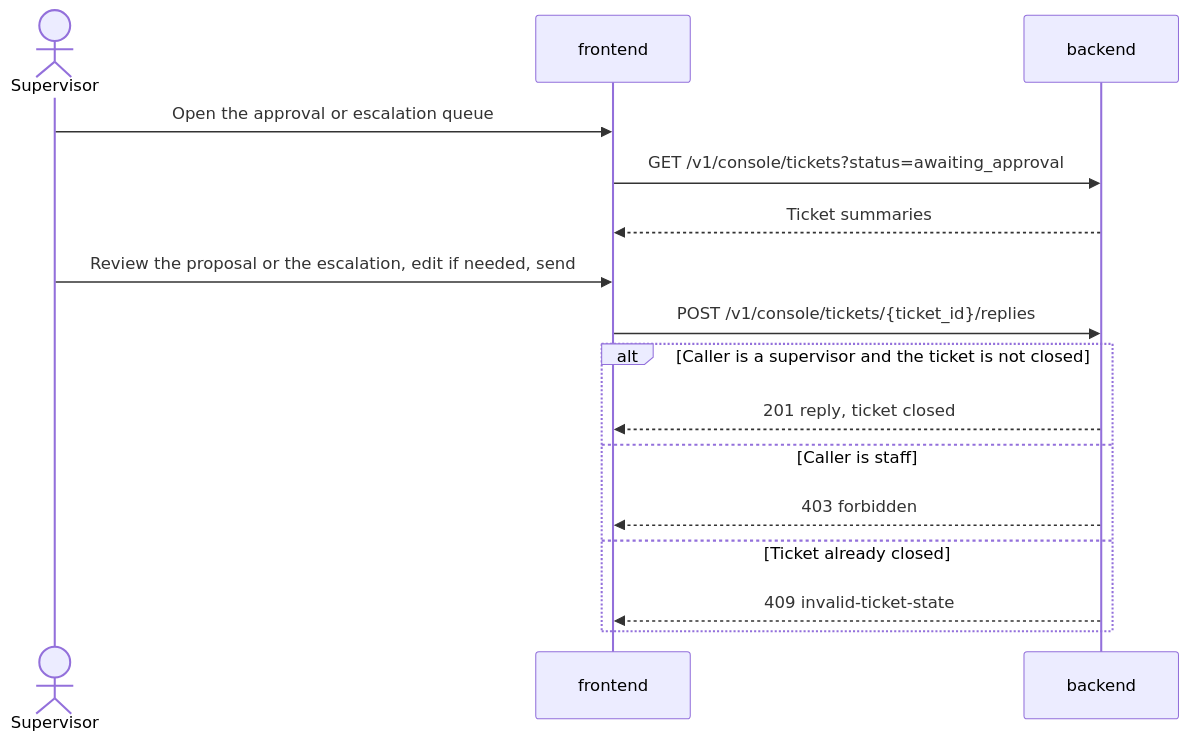
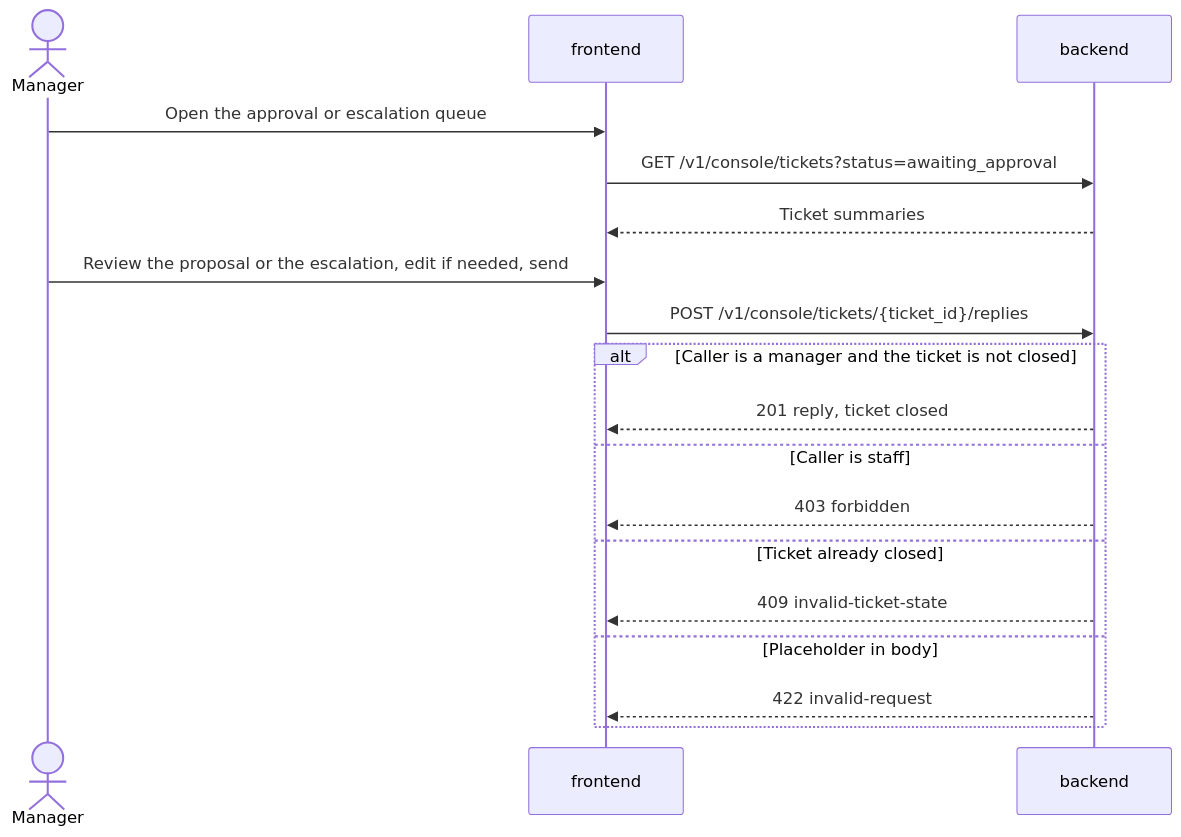
The third of 5 diagrams in docs/design/contracts-v1.md (ml-system-design-nhom-5/SupportIQ), drawn with Mermaid before and after one commit. The commit also changed other lines of this file and 53 other files, not shown here.

````diff
--- a/docs/design/contracts-v1.md
+++ b/docs/design/contracts-v1.md
@@ -207,18 +268,20 @@
 ```mermaid
 sequenceDiagram
-    actor Supervisor
+    actor Manager
     participant FE as frontend
     participant BE as backend
-    Supervisor->>FE: Open the approval or escalation queue
+    Manager->>FE: Open the approval or escalation queue
     FE->>BE: GET /v1/console/tickets?status=awaiting_approval
     BE-->>FE: Ticket summaries
-    Supervisor->>FE: Review the proposal or the escalation, edit if needed, send
+    Manager->>FE: Review the proposal or the escalation, edit if needed, send
     FE->>BE: POST /v1/console/tickets/{ticket_id}/replies
-    alt Caller is a supervisor and the ticket is not closed
+    alt Caller is a manager and the ticket is not closed
         BE-->>FE: 201 reply, ticket closed
     else Caller is staff
         BE-->>FE: 403 forbidden
     else Ticket already closed
         BE-->>FE: 409 invalid-ticket-state
+    else Placeholder in body
+        BE-->>FE: 422 invalid-request
     end
 ```
````
